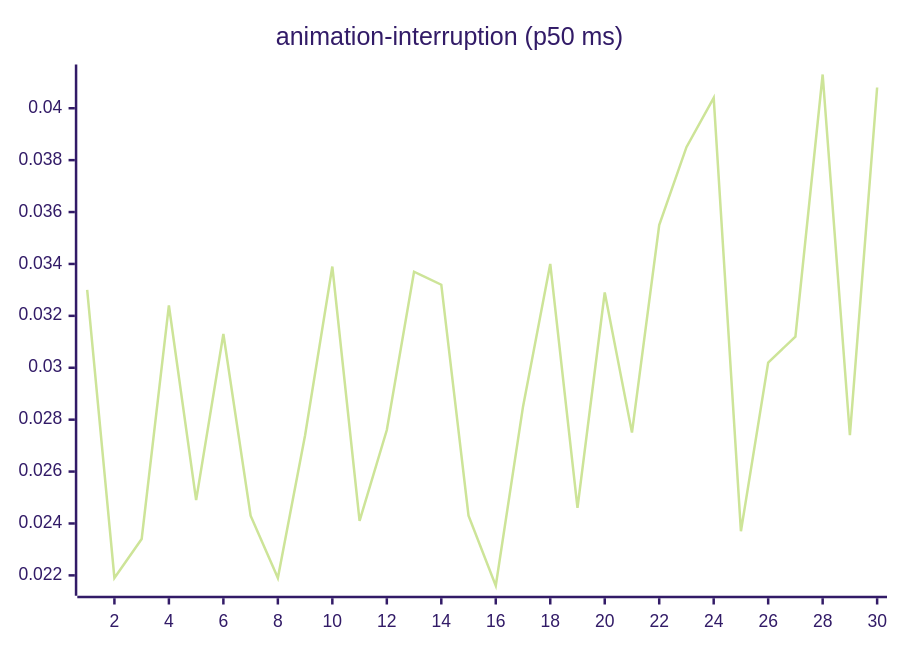
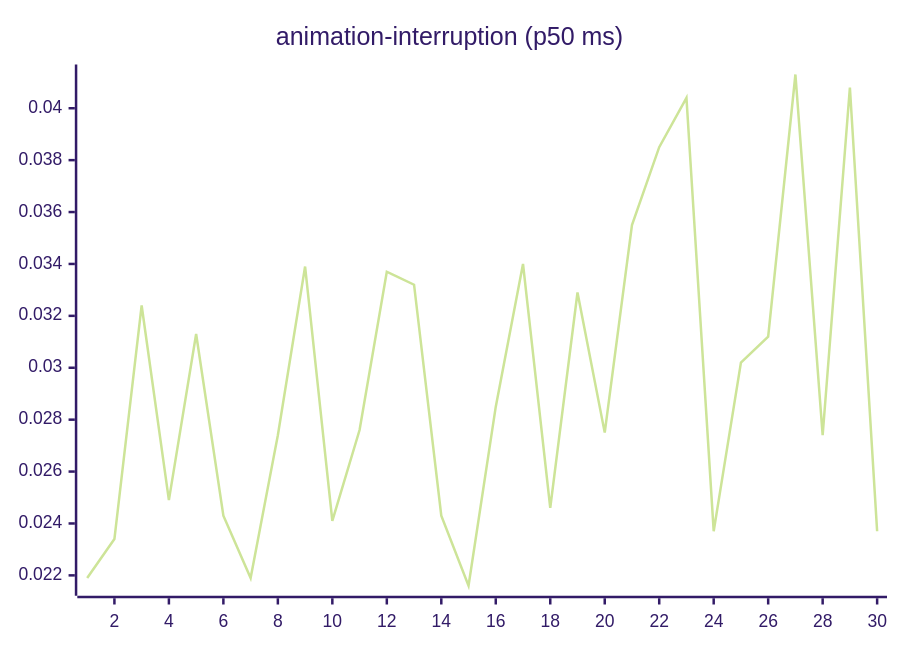
Before and after one commit to josha/Facet: the third of 27 diagrams in README.md, drawn with Mermaid (forest theme). The commit also changed other lines of this file and 2 other files, not shown here.

````diff
--- a/README.md
+++ b/README.md
@@ -77,6 +77,6 @@
 ```mermaid
 xychart-beta
     title "animation-interruption (p50 ms)"
     x-axis 1 --> 30
-    line [0.0330, 0.0219, 0.0234, 0.0324, 0.0249, 0.0313, 0.0243, 0.0219, 0.0274, 0.0339, 0.0241, 0.0276, 0.0337, 0.0332, 0.0243, 0.0216, 0.0285, 0.0340, 0.0246, 0.0329, 0.0275, 0.0355, 0.0385, 0.0404, 0.0237, 0.0302, 0.0312, 0.0413, 0.0274, 0.0408]
+    line [0.0219, 0.0234, 0.0324, 0.0249, 0.0313, 0.0243, 0.0219, 0.0274, 0.0339, 0.0241, 0.0276, 0.0337, 0.0332, 0.0243, 0.0216, 0.0285, 0.0340, 0.0246, 0.0329, 0.0275, 0.0355, 0.0385, 0.0404, 0.0237, 0.0302, 0.0312, 0.0413, 0.0274, 0.0408, 0.0237]
 ```
````
